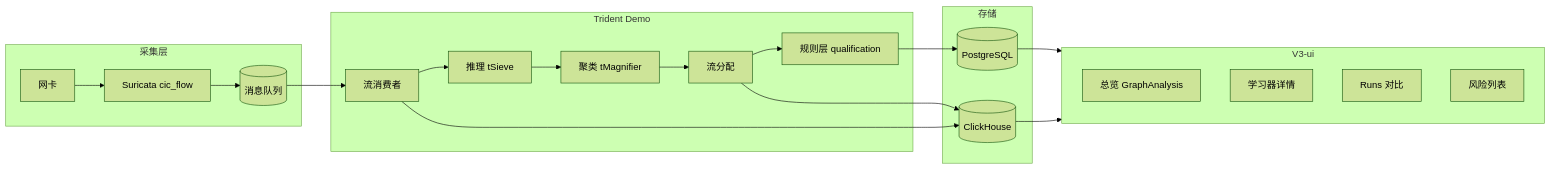
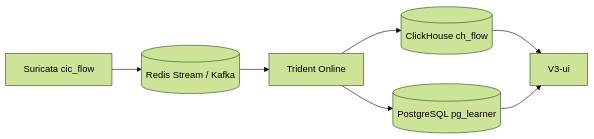
One commit to float1nt/trident changed the diagram in trident_demo/DATABASE_SCHEMA.md. Above: the diagram before and after it, drawn with Mermaid (forest theme). The commit also changed other lines of this file, not shown here.

First line of the commit message:
Revise DATABASE_SCHEMA for real-time data flow and core table definitions

````diff
--- a/trident_demo/DATABASE_SCHEMA.md
+++ b/trident_demo/DATABASE_SCHEMA.md
@@ -19,35 +24,9 @@
 ```mermaid
 flowchart LR
-  subgraph ingest [采集层]
-    nic[网卡]
-    suri[Suricata cic_flow]
-    mq[(消息队列)]
-  end
-
-  subgraph trident [Trident Demo]
-    consumer[流消费者]
-    infer[推理 tSieve]
-    cluster[聚类 tMagnifier]
-    assign[流分配]
-    qualify[规则层 qualification]
-  end
-
-  subgraph storage [存储]
-    ch[(ClickHouse)]
-    pg[(PostgreSQL)]
-  end
-
-  subgraph ui [V3-ui]
-    overview[总览 GraphAnalysis]
-    learner[学习器详情]
-    compare[Runs 对比]
-    risk[风险列表]
-  end
-
-  nic --> suri --> mq --> consumer --> infer --> cluster --> assign
-  assign --> ch
-  assign --> qualify --> pg
-  consumer --> ch
-  pg --> ui
-  ch --> ui
+  suricata[Suricata cic_flow] --> mq[(Redis Stream / Kafka)]
+  mq --> trident[Trident Online]
+  trident --> flow[(ClickHouse ch_flow)]
+  trident --> learner[(PostgreSQL pg_learner)]
+  flow --> ui[V3-ui]
+  learner --> ui
 ```
````
